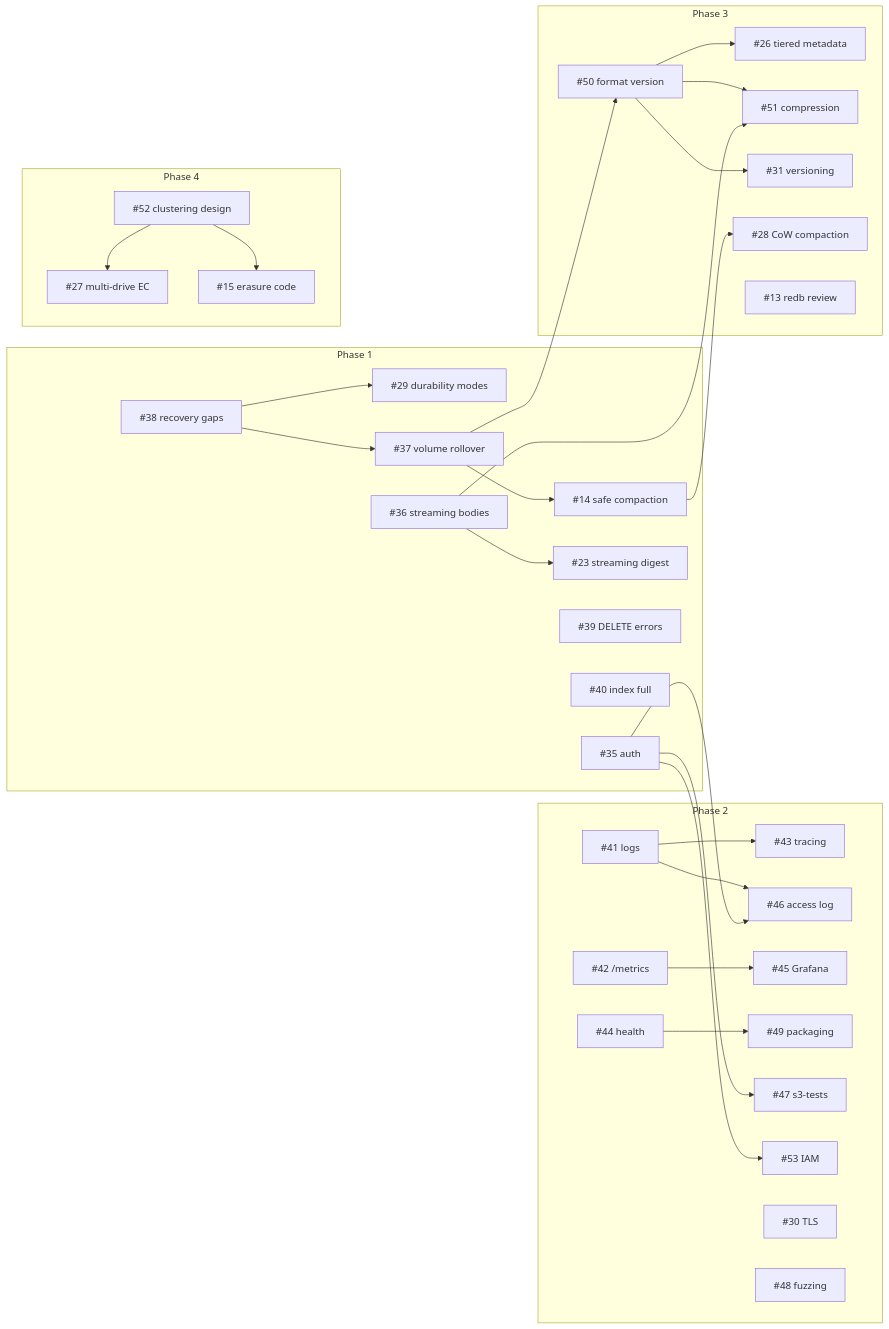
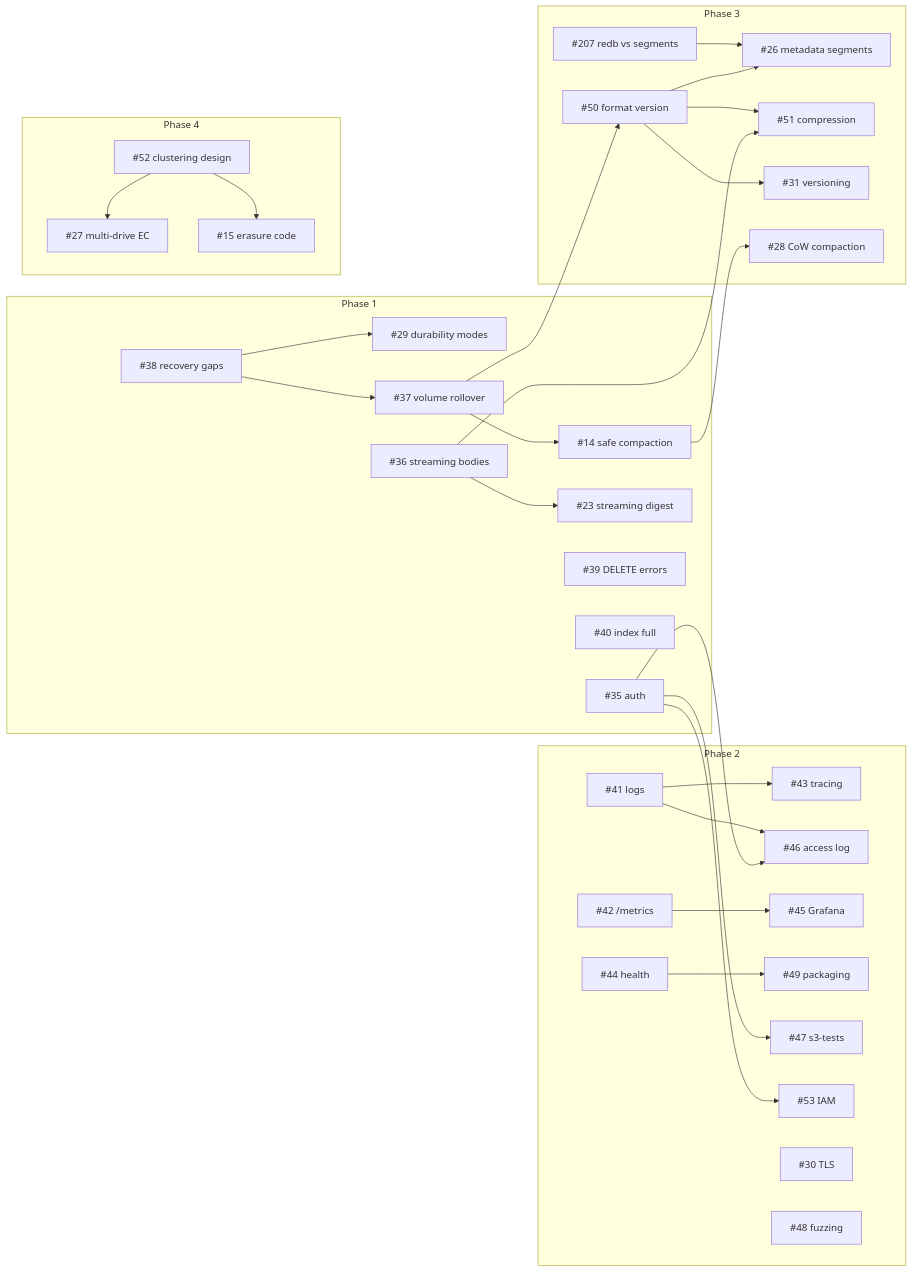
One commit to iskandarnorazli/Awanfs changed the diagram in ROADMAP_AND_DEPENDENCIES.md. Above: the diagram before and after it, drawn with Mermaid. The commit also changed other lines of this file and 2 other files, not shown here.

Commit message:
ARCHITECTURE: decision 59, our own metadata segments instead of redb (owner, 2026-11-16)
The owner chose option B of the redb review: the metadata index past
the hot set becomes AwanFS's own sorted segments (#26), replacing redb,
if #207's measurement at 10M keys confirms it. Until then redb stays.

- Decisions 6 and 23 now point to decision 59.
- FORMAT.md: metadata.db is to be replaced by segment files and a
  manifest, documented there before they are written.
- ROADMAP_AND_DEPENDENCIES.md: #207, then #26. The "#13 redb review"
  node is gone (#13 is closed).
- Issues: #206 (the redb cache is outside --memory-budget, ready for
  Antigravity), #207 (the measurement, Claude). #26 is updated and
  blocked by #207.

````diff
--- a/ROADMAP_AND_DEPENDENCIES.md
+++ b/ROADMAP_AND_DEPENDENCIES.md
@@ -30,38 +30,38 @@
 ```mermaid
 flowchart LR
     subgraph P1["Phase 1"]
         I35["#35 auth"]
         I38["#38 recovery gaps"] --> I29["#29 durability modes"]
         I38 --> I37["#37 volume rollover"] --> I14["#14 safe compaction"]
         I36["#36 streaming bodies"] --> I23["#23 streaming digest"]
         I39["#39 DELETE errors"]
         I40["#40 index full"]
     end
     subgraph P2["Phase 2"]
         I41["#41 logs"] --> I43["#43 tracing"]
         I41 --> I46["#46 access log"]
         I42["#42 /metrics"] --> I45["#45 Grafana"]
         I44["#44 health"] --> I49["#49 packaging"]
         I47["#47 s3-tests"]
         I53["#53 IAM"]
         I30["#30 TLS"]
         I48["#48 fuzzing"]
     end
     subgraph P3["Phase 3"]
-        I50["#50 format version"] --> I26["#26 tiered metadata"]
+        I207["#207 redb vs segments"] --> I26["#26 metadata segments"]
+        I50["#50 format version"] --> I26
         I50 --> I51["#51 compression"]
         I50 --> I31["#31 versioning"]
         I28["#28 CoW compaction"]
-        I13["#13 redb review"]
     end
     subgraph P4["Phase 4"]
         I52["#52 clustering design"] --> I27["#27 multi-drive EC"]
         I52 --> I15["#15 erasure code"]
     end
     I35 --> I46
     I35 --> I47
     I35 --> I53
     I37 --> I50
     I36 --> I51
     I14 --> I28
 ```
````
